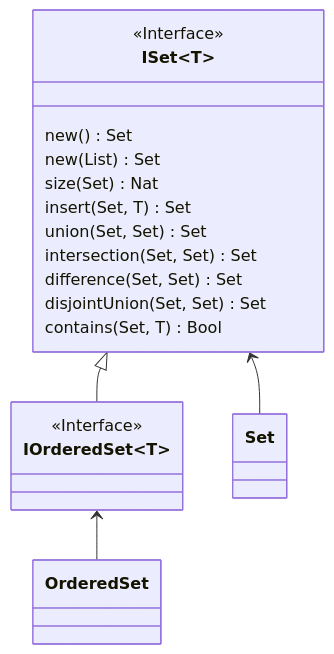
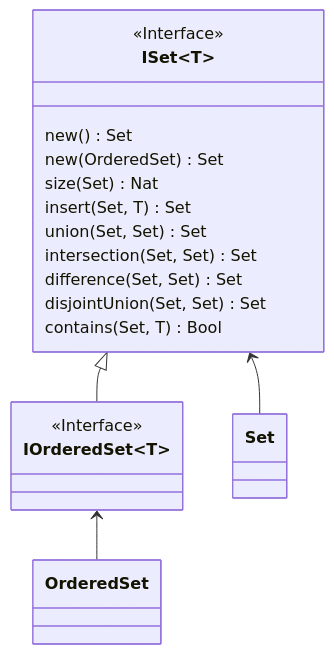
The diagram in docs/arch/system/state/resource_machine/primitive_interfaces/set.juvix.md (anoma/nspec), drawn with Mermaid before and after one commit. The commit also changed other lines of this file and 3 other files, not shown here.

````diff
--- a/docs/arch/system/state/resource_machine/primitive_interfaces/set.juvix.md
+++ b/docs/arch/system/state/resource_machine/primitive_interfaces/set.juvix.md
@@ -30,28 +30,28 @@
 ```mermaid
 
 classDiagram
 
     class ISet~T~ {
          <<Interface>>
          new() Set
-         new(List) Set
+         new(OrderedSet) Set
          size(Set) Nat
          insert(Set, T) Set
          union(Set, Set) Set
          intersection(Set, Set) Set
          difference(Set, Set) Set
          disjointUnion(Set, Set) Set
          contains(Set, T) Bool
     }
 
     class IOrderedSet~T~ {
          <<Interface>>
     }
 
     ISet <|-- IOrderedSet
 
     ISet <-- Set
 
     IOrderedSet <-- OrderedSet
 
 ```
````
